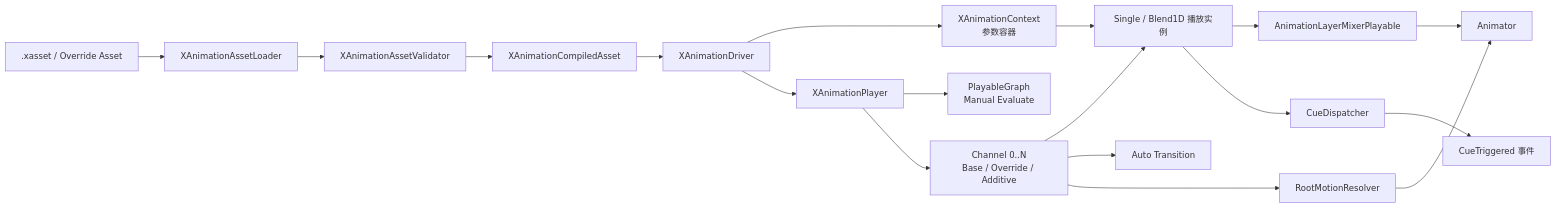
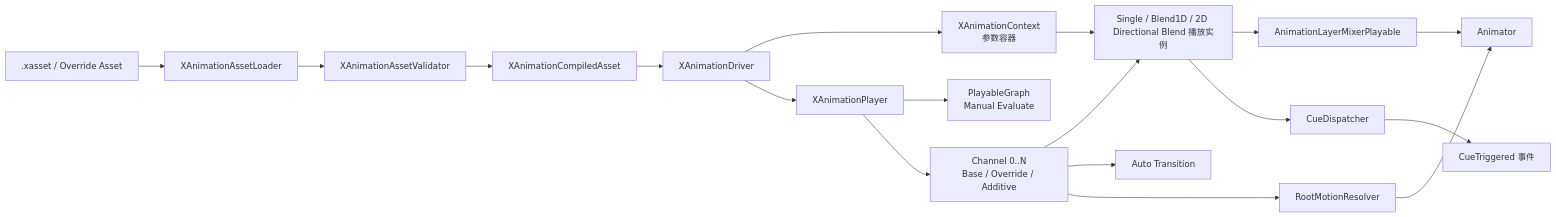
The first of 2 diagrams in Doc/XAnimation.md (xdedzl/XFramework), drawn with Mermaid before and after one commit. The commit also changed other lines of this file and 16 other files, not shown here.

````diff
--- a/Doc/XAnimation.md
+++ b/Doc/XAnimation.md
@@ -26,25 +27,25 @@
 ```mermaid
 flowchart LR
     A[".xasset / Override Asset"] --> B["XAnimationAssetLoader"]
     B --> C["XAnimationAssetValidator"]
     C --> D["XAnimationCompiledAsset"]
 
     D --> E["XAnimationDriver"]
     E --> F["XAnimationContext<br/>参数容器"]
     E --> G["XAnimationPlayer"]
 
     G --> H["PlayableGraph<br/>Manual Evaluate"]
     G --> I["Channel 0..N<br/>Base / Override / Additive"]
-    I --> J["Single / Blend1D 播放实例"]
+    I --> J["Single / Blend1D / 2D Directional Blend 播放实例"]
 
     F --> J
     J --> K["AnimationLayerMixerPlayable"]
     K --> L["Animator"]
 
     J --> M["CueDispatcher"]
     I --> N["Auto Transition"]
     I --> O["RootMotionResolver"]
 
     M --> P["CueTriggered 事件"]
     O --> L
 ```
````
